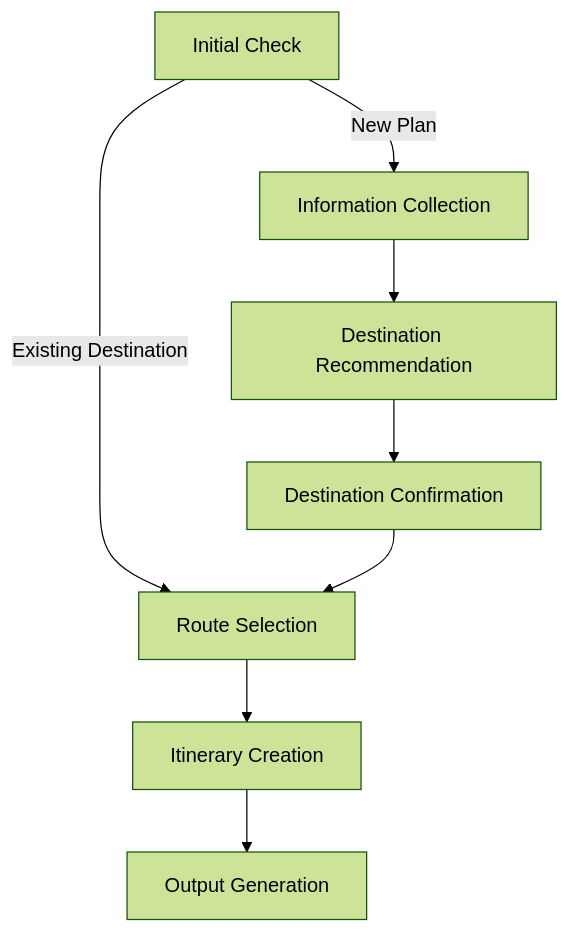
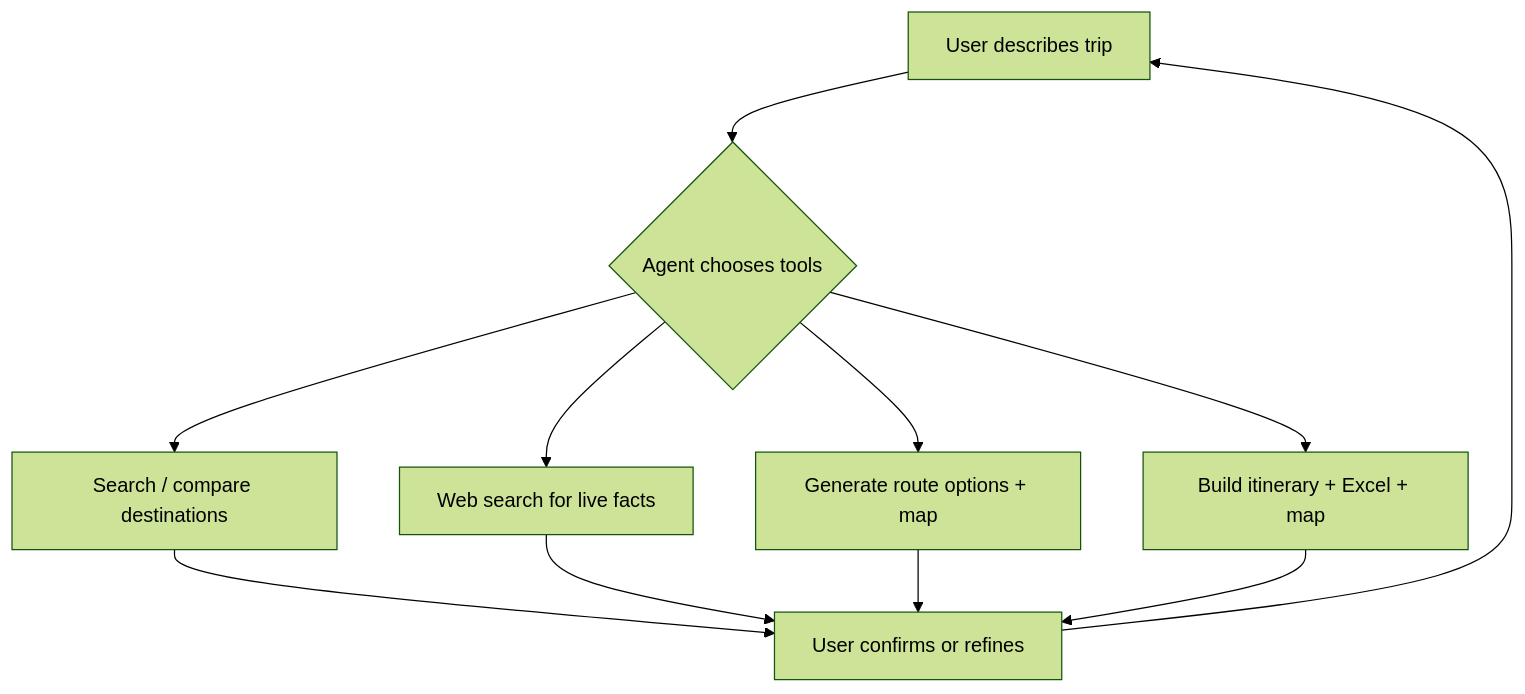
The first of 2 diagrams in README.md (jordisc97/MakeYourTrip_Public), drawn with Mermaid (forest theme) before and after one commit. The commit also changed other lines of this file, not shown here.

````diff
--- a/README.md
+++ b/README.md
@@ -166,10 +119,13 @@
 ```mermaid
 graph TD
-    A[Initial Check] -->|New Plan| B[Information Collection]
-    A -->|Existing Destination| E[Route Selection]
-    B --> C[Destination Recommendation]
-    C --> D[Destination Confirmation]
-    D --> E
-    E --> F[Itinerary Creation]
-    F --> G[Output Generation]
+    A[User describes trip] --> B{Agent chooses tools}
+    B --> C[Search / compare destinations]
+    B --> D[Web search for live facts]
+    B --> E[Generate route options + map]
+    B --> F[Build itinerary + Excel + map]
+    C --> G[User confirms or refines]
+    D --> G
+    E --> G
+    F --> G
+    G --> A
 ```
````
